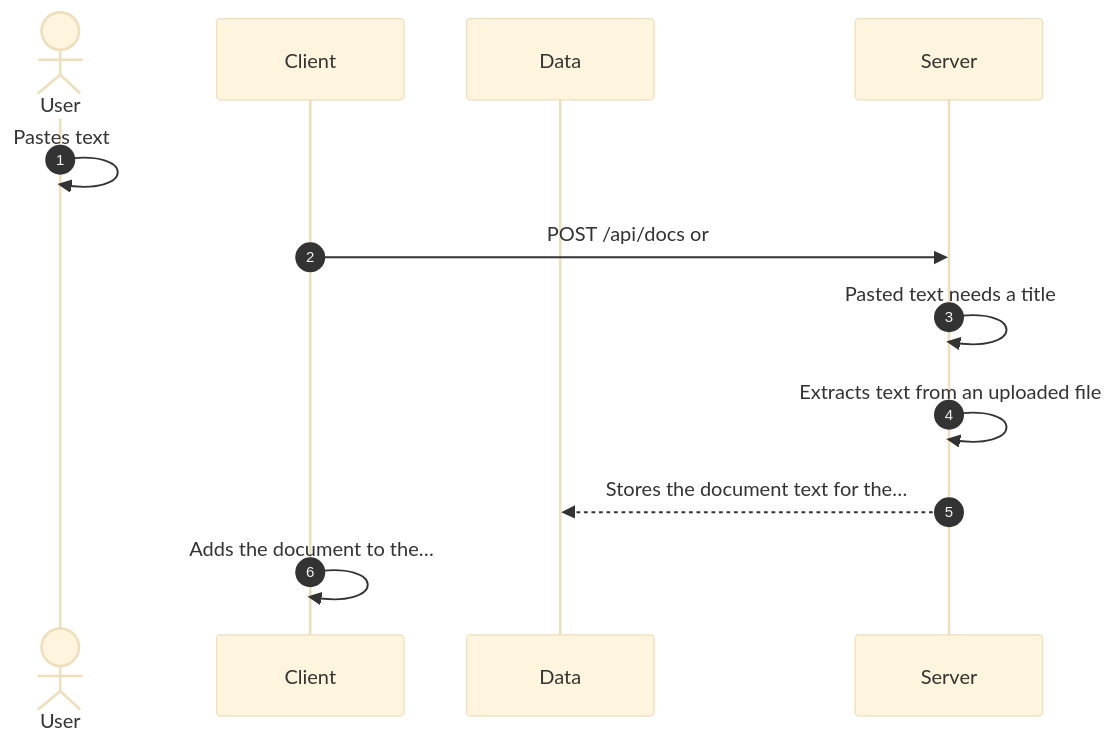
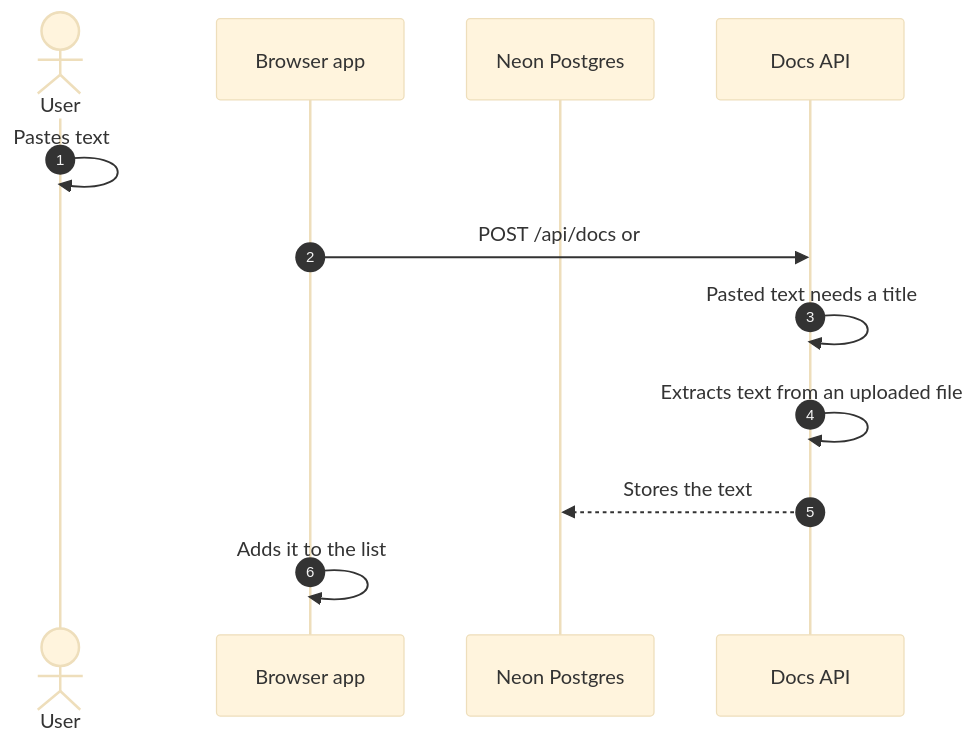
Before and after one commit to lngsa1234/mini-muse-mvp: the diagram in docs/architecture/workflows/library-ingest.md, drawn with Mermaid (base theme). The commit also changed other lines of this file and 23 other files, not shown here.

````diff
--- a/docs/architecture/workflows/library-ingest.md
+++ b/docs/architecture/workflows/library-ingest.md
@@ -15,14 +15,14 @@
 ```mermaid
 sequenceDiagram
   autonumber
   actor user as User
-  participant client as Client
-  participant data as Data
-  participant server as Server
+  participant client as Browser app
+  participant data as Neon Postgres
+  participant server as Docs API
   user->>user: Pastes text
   client->>server: POST /api/docs or
   server->>server: Pasted text needs a title
   server->>server: Extracts text from an uploaded file
-  server-->>data: Stores the document text for the…
-  client->>client: Adds the document to the…
+  server-->>data: Stores the text
+  client->>client: Adds it to the list
 ```
````
